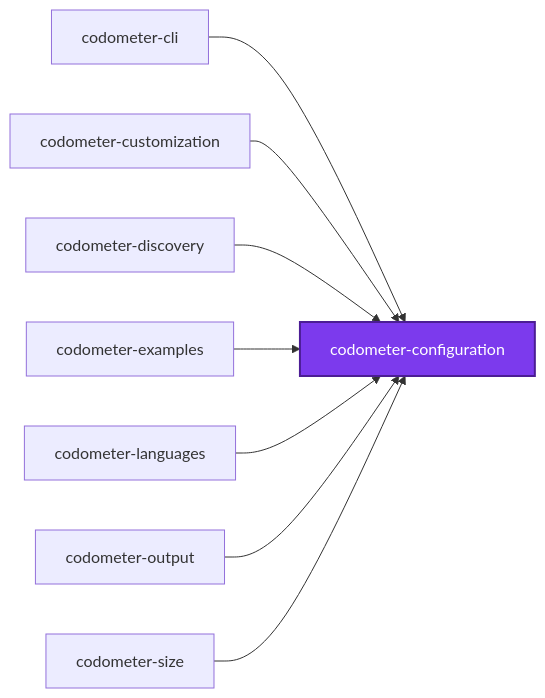
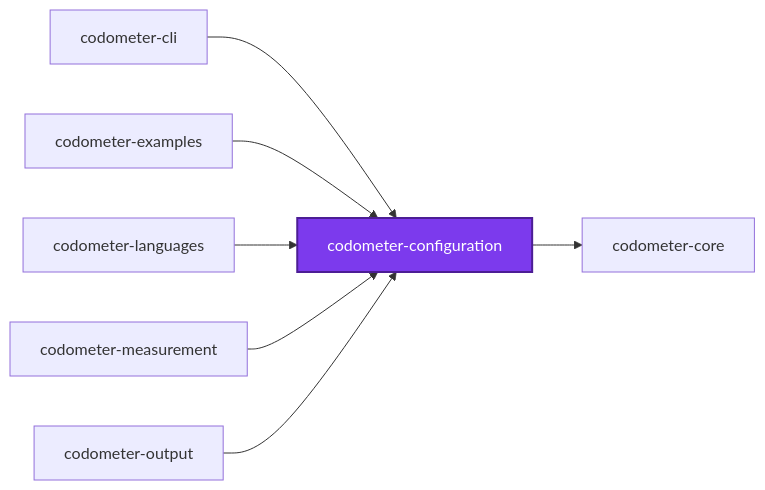
The first of 3 diagrams in packages/ic-suite/codometer/codometer-configuration/README.md (JimmyPaolini/codebase), drawn with Mermaid before and after one commit. The commit also changed other lines of this file and 248 other files, not shown here.

Commit message:
refactor(codometer,configuration): ♻️ put codometer on the ic-suite five-layer spine

````diff
--- a/packages/ic-suite/codometer/codometer-configuration/README.md
+++ b/packages/ic-suite/codometer/codometer-configuration/README.md
@@ -570,20 +580,18 @@
 ```mermaid
 graph LR
   codometer_cli["codometer-cli"]
   codometer_configuration["codometer-configuration"]
-  codometer_customization["codometer-customization"]
-  codometer_discovery["codometer-discovery"]
+  codometer_core["codometer-core"]
   codometer_examples["codometer-examples"]
   codometer_languages["codometer-languages"]
+  codometer_measurement["codometer-measurement"]
   codometer_output["codometer-output"]
-  codometer_size["codometer-size"]
   codometer_cli --> codometer_configuration
-  codometer_customization --> codometer_configuration
-  codometer_discovery --> codometer_configuration
+  codometer_configuration --> codometer_core
   codometer_examples --> codometer_configuration
   codometer_languages --> codometer_configuration
+  codometer_measurement --> codometer_configuration
   codometer_output --> codometer_configuration
-  codometer_size --> codometer_configuration
   classDef subject fill:#7c3aed,color:#fff,stroke:#4c1d95,stroke-width:2px
   class codometer_configuration subject
 ```
````
